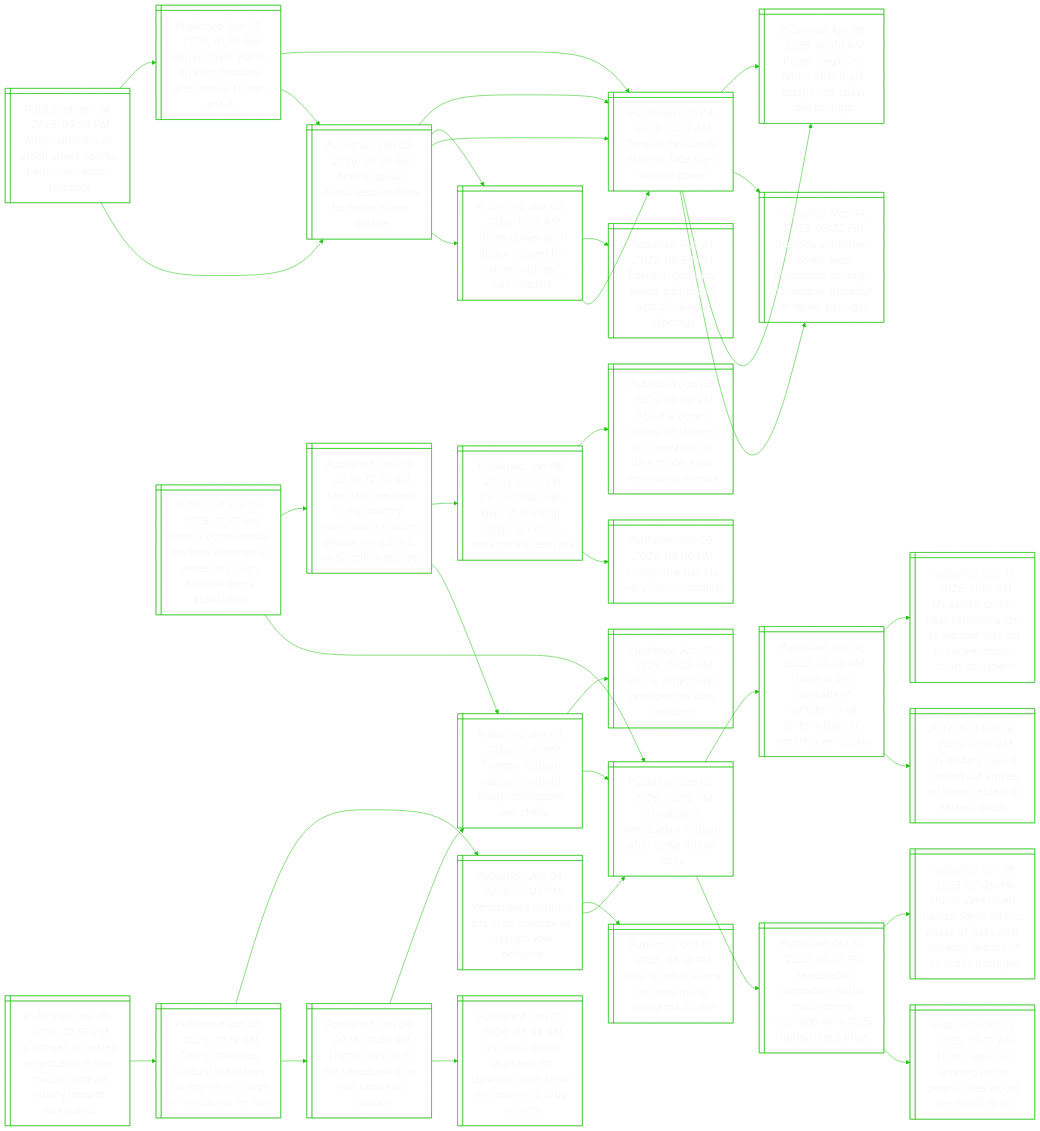
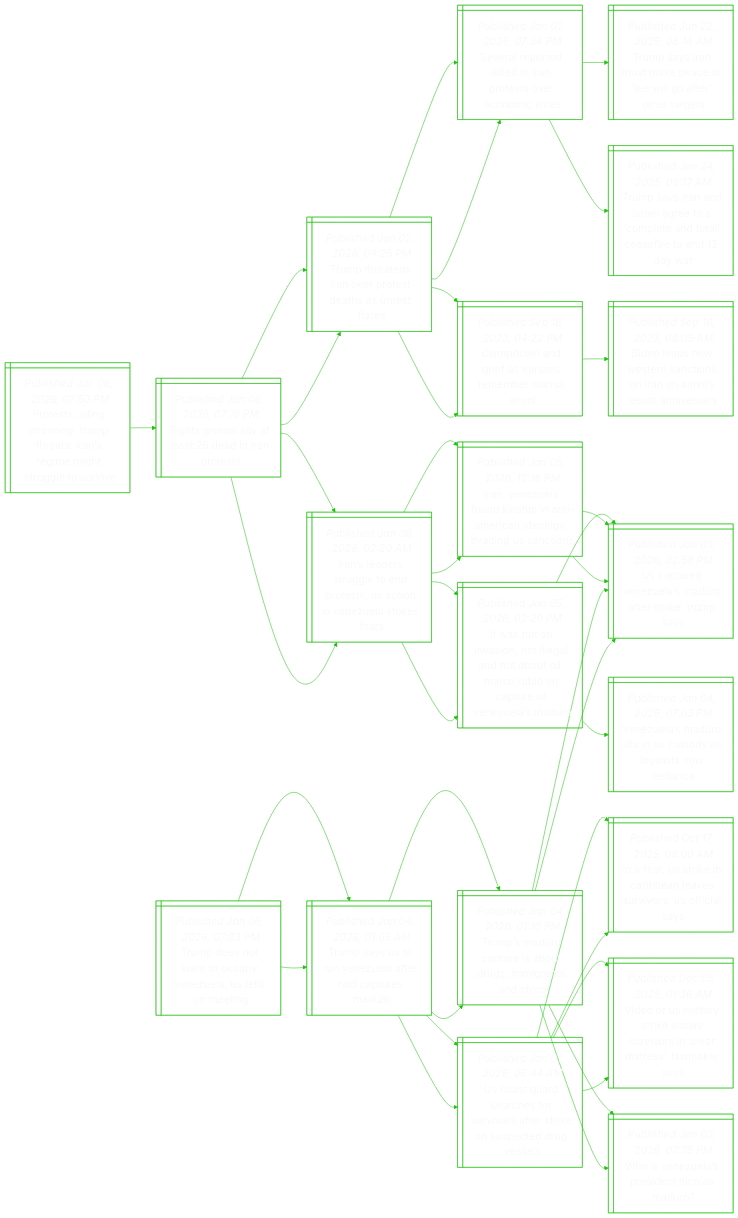
Before and after one commit to notJmes/notJmes: the diagram in README.md, drawn with Mermaid. The commit also changed other lines of this file, not shown here.

````diff
--- a/README.md
+++ b/README.md
@@ -16,121 +16,118 @@
 flowchart LR
 classDef txtsize font-size:20px;
 
-Asrrtssiwrk@{ shape: win-pane, label: "_Published Jan 06, 2026, 03:56 PM_
-Anger simmers as arson attack sparks berlin mid-winter blackout" }
-Aioaesiriea@{ shape: win-pane, label: "_Published Jan 05, 2026, 09:26 AM_
-Activist group claims responsibility for berlin power outage" }
-Bnrakexeiais@{ shape: win-pane, label: "_Published Jan 05, 2026, 12:15 AM_
-Berlin power grid attack caused by ‘extreme leftists’, say officials" }
-Tfsilcsow@{ shape: win-pane, label: "_Published Jan 04, 2026, 12:14 AM_
-Tens of thousands in berlin face days without power" }
-Perpsccrao@{ shape: win-pane, label: "_Published Aug 01, 2025, 05:54 PM_
-Police in germany probe suspected acts of railway sabotage" }
-Tfsilcsow@{ shape: win-pane, label: "_Published Jan 04, 2026, 12:14 AM_
-Tens of thousands in berlin face days without power" }
-Gdsoesodifiatarl@{ shape: win-pane, label: "_Published May 14, 2025, 09:32 PM_
-Granada substation power loss pinpointed as origin of massive blackout in spain, portugal" }
-Pbstfutiadu@{ shape: win-pane, label: "_Published Apr 29, 2025, 05:00 AM_
-Power begins to return after huge outage hits spain and portugal" }
-Bnrsfrreett@{ shape: win-pane, label: "_Published Jan 06, 2026, 01:50 AM_
-Berlin mayor warns on infrastructure after power station attack" }
-Aioaesiriea@{ shape: win-pane, label: "_Published Jan 05, 2026, 09:26 AM_
-Activist group claims responsibility for berlin power outage" }
-Bnrakexeiais@{ shape: win-pane, label: "_Published Jan 05, 2026, 12:15 AM_
-Berlin power grid attack caused by ‘extreme leftists’, say officials" }
-Tfsilcsow@{ shape: win-pane, label: "_Published Jan 04, 2026, 12:14 AM_
-Tens of thousands in berlin face days without power" }
-Tfsilcsow@{ shape: win-pane, label: "_Published Jan 04, 2026, 12:14 AM_
-Tens of thousands in berlin face days without power" }
-Gdsoesodifiatarl@{ shape: win-pane, label: "_Published May 14, 2025, 09:32 PM_
-Granada substation power loss pinpointed as origin of massive blackout in spain, portugal" }
-Pbstfutiadu@{ shape: win-pane, label: "_Published Apr 29, 2025, 05:00 AM_
-Power begins to return after huge outage hits spain and portugal" }
+Pslcypaagitlue@{ shape: win-pane, label: "_Published Jan 06, 2026, 07:50 PM_
+Protests, ailing economy, trump threats: iran’s regime might struggle to survive" }
+Rspasdat@{ shape: win-pane, label: "_Published Jan 06, 2026, 07:16 PM_
+Rights groups say at least 25 dead in iran protests" }
+Tttreteaea@{ shape: win-pane, label: "_Published Jan 02, 2026, 04:25 PM_
+Trump threatens iran over protest deaths as unrest flares" }
+Saokdatocis@{ shape: win-pane, label: "_Published Jan 01, 2026, 07:34 PM_
+Several reported killed in iran protests over economic woes" }
+CdnerneMA@{ shape: win-pane, label: "_Published Sep 16, 2023, 04:22 PM_
+Clampdown and grief as iranians remember mahsa amini" }
+Ilrutpsannlka@{ shape: win-pane, label: "_Published Jan 06, 2026, 02:20 AM_
+Iran’s leaders struggle to end protests, us action in venezuela stokes fears" }
+Iniitgdbiciaenld@{ shape: win-pane, label: "_Published Jan 05, 2026, 02:29 PM_
+It was not an invasion, not illegal and not about oil: marco rubio on capture of venezuela’s maduro" }
+IeeuniiidgdSt@{ shape: win-pane, label: "_Published Jan 05, 2026, 12:16 PM_
+Iran, venezuela found kinship in anti-american ideology, evading us sanctions" }
 
-Asrrtssiwrk:::txtsize --> Aioaesiriea:::txtsize
-Aioaesiriea:::txtsize --> Bnrakexeiais:::txtsize
-Bnrakexeiais:::txtsize --> Tfsilcsow:::txtsize
-Bnrakexeiais:::txtsize --> Perpsccrao:::txtsize
-Aioaesiriea:::txtsize --> Tfsilcsow:::txtsize
-Tfsilcsow:::txtsize --> Gdsoesodifiatarl:::txtsize
-Tfsilcsow:::txtsize --> Pbstfutiadu:::txtsize
-Asrrtssiwrk:::txtsize --> Bnrsfrreett:::txtsize
-Bnrsfrreett:::txtsize --> Aioaesiriea:::txtsize
-Aioaesiriea:::txtsize --> Bnrakexeiais:::txtsize
-Aioaesiriea:::txtsize --> Tfsilcsow:::txtsize
-Bnrsfrreett:::txtsize --> Tfsilcsow:::txtsize
-Tfsilcsow:::txtsize --> Gdsoesodifiatarl:::txtsize
-Tfsilcsow:::txtsize --> Pbstfutiadu:::txtsize
+Pslcypaagitlue:::txtsize --> Rspasdat:::txtsize
+Rspasdat:::txtsize --> Tttreteaea:::txtsize
+Tttreteaea:::txtsize --> Saokdatocis:::txtsize
+Tttreteaea:::txtsize --> CdnerneMA:::txtsize
+Rspasdat:::txtsize --> Ilrutpsannlka:::txtsize
+Ilrutpsannlka:::txtsize --> Iniitgdbiciaenld:::txtsize
+Ilrutpsannlka:::txtsize --> IeeuniiidgdSt:::txtsize
 
-Agodzneurayifr@{ shape: win-pane, label: "_Published Jan 06, 2026, 12:58 PM_
-Ai images of ousted venezuelan leader maduro spread rapidly despite safeguards" }
-Tshduvsmhoeao@{ shape: win-pane, label: "_Published Jan 05, 2026, 01:14 AM_
-Trump snatches maduro but leaves his regime in charge of venezuela for now" }
+Rspasdat@{ shape: win-pane, label: "_Published Jan 06, 2026, 07:16 PM_
+Rights groups say at least 25 dead in iran protests" }
+Tttreteaea@{ shape: win-pane, label: "_Published Jan 02, 2026, 04:25 PM_
+Trump threatens iran over protest deaths as unrest flares" }
+Saokdatocis@{ shape: win-pane, label: "_Published Jan 01, 2026, 07:34 PM_
+Several reported killed in iran protests over economic woes" }
+Tsrseeworre@{ shape: win-pane, label: "_Published Jun 22, 2025, 08:14 AM_
+Trump says iran must make peace or ‘we will go after’ other targets" }
+Tsrdeecedletdr@{ shape: win-pane, label: "_Published Jun 24, 2025, 06:17 AM_
+Trump says iran and israel agree to a ‘complete and total’ ceasefire to end 12-day war" }
+CdnerneMA@{ shape: win-pane, label: "_Published Sep 16, 2023, 04:22 PM_
+Clampdown and grief as iranians remember mahsa amini" }
+Blnssinonans@{ shape: win-pane, label: "_Published Sep 16, 2023, 08:05 AM_
+Biden leads new western sanctions on iran on amini’s death anniversary" }
+Ilrutpsannlka@{ shape: win-pane, label: "_Published Jan 06, 2026, 02:20 AM_
+Iran’s leaders struggle to end protests, us action in venezuela stokes fears" }
+Iniitgdbiciaenld@{ shape: win-pane, label: "_Published Jan 05, 2026, 02:29 PM_
+It was not an invasion, not illegal and not about oil: marco rubio on capture of venezuela’s maduro" }
+UtVuMorkms@{ shape: win-pane, label: "_Published Jan 03, 2026, 02:58 PM_
+Us captured venezuela’s maduro after strike, trump says" }
+VuMoiuyytdn@{ shape: win-pane, label: "_Published Jan 04, 2026, 07:03 PM_
+Venezuela’s maduro sits in us custody as loyalists vow defiance" }
+IeeuniiidgdSt@{ shape: win-pane, label: "_Published Jan 05, 2026, 12:16 PM_
+Iran, venezuela found kinship in anti-american ideology, evading us sanctions" }
+UtVuMorkms@{ shape: win-pane, label: "_Published Jan 03, 2026, 02:58 PM_
+Us captured venezuela’s maduro after strike, trump says" }
+UtVuMorkms@{ shape: win-pane, label: "_Published Jan 03, 2026, 02:58 PM_
+Us captured venezuela’s maduro after strike, trump says" }
+
+Rspasdat:::txtsize --> Tttreteaea:::txtsize
+Tttreteaea:::txtsize --> Saokdatocis:::txtsize
+Saokdatocis:::txtsize --> Tsrseeworre:::txtsize
+Saokdatocis:::txtsize --> Tsrdeecedletdr:::txtsize
+Tttreteaea:::txtsize --> CdnerneMA:::txtsize
+CdnerneMA:::txtsize --> Blnssinonans:::txtsize
+Rspasdat:::txtsize --> Ilrutpsannlka:::txtsize
+Ilrutpsannlka:::txtsize --> Iniitgdbiciaenld:::txtsize
+Iniitgdbiciaenld:::txtsize --> UtVuMorkms:::txtsize
+Iniitgdbiciaenld:::txtsize --> VuMoiuyytdn:::txtsize
+Ilrutpsannlka:::txtsize --> IeeuniiidgdSt:::txtsize
+IeeuniiidgdSt:::txtsize --> UtVuMorkms:::txtsize
+IeeuniiidgdSt:::txtsize --> UtVuMorkms:::txtsize
+
+TdotceetUt@{ shape: win-pane, label: "_Published Jan 06, 2026, 07:03 PM_
+Trump does not want to occupy venezuela, us tells un meeting" }
 TsSnzaraeu@{ shape: win-pane, label: "_Published Jan 04, 2026, 01:05 AM_
 Trump says us to run venezuela after raid captures maduro" }
 Usrrfrreiscrs@{ shape: win-pane, label: "_Published Jan 01, 2026, 06:44 AM_
 Us coast guard searches for survivors after strike on suspected drug vessels" }
-Tsrtstsgsh@{ shape: win-pane, label: "_Published Jan 04, 2026, 01:10 PM_
-Trump’s maduro capture is about drugs, immigrants and china" }
-VuMoiuyytdn@{ shape: win-pane, label: "_Published Jan 04, 2026, 07:03 PM_
-Venezuela’s maduro sits in us custody as loyalists vow defiance" }
-UtVuMorkms@{ shape: win-pane, label: "_Published Jan 03, 2026, 02:58 PM_
-Us captured venezuela’s maduro after strike, trump says" }
-WNPlarrao@{ shape: win-pane, label: "_Published Oct 10, 2025, 06:18 PM_
-Who is nobel peace laureate maria corina machado?" }
-
-Agodzneurayifr:::txtsize --> Tshduvsmhoeao:::txtsize
-Tshduvsmhoeao:::txtsize --> TsSnzaraeu:::txtsize
-TsSnzaraeu:::txtsize --> Usrrfrreiscrs:::txtsize
-TsSnzaraeu:::txtsize --> Tsrtstsgsh:::txtsize
-Tshduvsmhoeao:::txtsize --> VuMoiuyytdn:::txtsize
-VuMoiuyytdn:::txtsize --> UtVuMorkms:::txtsize
-VuMoiuyytdn:::txtsize --> WNPlarrao:::txtsize
-
-Odmwraieannest@{ shape: win-pane, label: "_Published Jan 06, 2026, 12:55 PM_
-Over a dozen media workers detained in venezuela, says national press association" }
-UtVuMorkms@{ shape: win-pane, label: "_Published Jan 03, 2026, 02:58 PM_
-Us captured venezuela’s maduro after strike, trump says" }
-Vuoilranhibai@{ shape: win-pane, label: "_Published Oct 10, 2025, 05:02 PM_
-Venezuelan opposition leader maria corina machado wins 2025 nobel peace prize" }
-TsonoeroelS@{ shape: win-pane, label: "_Published Oct 01, 2025, 05:12 AM_
-Trump says not winning nobel peace prize would be ‘insult’ to us" }
-TssHaossaaorslaoe@{ shape: win-pane, label: "_Published Oct 09, 2025, 05:09 AM_
-Trump says israel, hamas agree on first phase of gaza deal, allowing release of all israeli hostages" }
-Toskftdasitgz@{ shape: win-pane, label: "_Published Dec 17, 2025, 08:34 AM_
-Trump orders blockade of sanctioned oil tankers leaving, entering venezuela" }
-Uistitktvlanf@{ shape: win-pane, label: "_Published Dec 16, 2025, 11:09 AM_
-Us military says it carried out strikes on three vessels in eastern pacific" }
-Uznenltrwtphoon@{ shape: win-pane, label: "_Published Dec 13, 2025, 11:10 AM_
-Us seized tanker near venezuela just as warrant was set to expire, shows court document" }
-Iienytnldlniorcr@{ shape: win-pane, label: "_Published Jan 06, 2026, 12:23 AM_
-‘i am still president of my country’: venezuela’s maduro pleads not guilty to us narcotics charges" }
+Irseravrrfas@{ shape: win-pane, label: "_Published Oct 17, 2025, 08:00 AM_
+In a first, us strike in caribbean leaves survivors, us official says" }
+Voiriorrlisms@{ shape: win-pane, label: "_Published Dec 05, 2025, 01:36 AM_
+Video of us military strike shows survivors in ‘clear distress’, lawmaker says" }
 Tsrtstsgsh@{ shape: win-pane, label: "_Published Jan 04, 2026, 01:10 PM_
 Trump’s maduro capture is about drugs, immigrants and china" }
 UtVuMorkms@{ shape: win-pane, label: "_Published Jan 03, 2026, 02:58 PM_
 Us captured venezuela’s maduro after strike, trump says" }
 WVuPdisr@{ shape: win-pane, label: "_Published Jan 03, 2026, 07:25 PM_
 Who is venezuela’s president nicolas maduro?" }
-Ucnatugasnlss@{ shape: win-pane, label: "_Published Jan 06, 2026, 12:32 AM_
-Us oil companies gain after trump signals access to venezuela’s reserves" }
-Tnsenm@{ shape: win-pane, label: "_Published Jan 05, 2026, 06:00 PM_
-Trump now has his very own oil empire" }
-Aanetrtziksoree@{ shape: win-pane, label: "_Published Jan 05, 2026, 06:00 PM_
-About a dozen loaded oil tankers left venezuela in dark mode, says monitoring service" }
+TsSnzaraeu@{ shape: win-pane, label: "_Published Jan 04, 2026, 01:05 AM_
+Trump says us to run venezuela after raid captures maduro" }
+Usrrfrreiscrs@{ shape: win-pane, label: "_Published Jan 01, 2026, 06:44 AM_
+Us coast guard searches for survivors after strike on suspected drug vessels" }
+Irseravrrfas@{ shape: win-pane, label: "_Published Oct 17, 2025, 08:00 AM_
+In a first, us strike in caribbean leaves survivors, us official says" }
+Voiriorrlisms@{ shape: win-pane, label: "_Published Dec 05, 2025, 01:36 AM_
+Video of us military strike shows survivors in ‘clear distress’, lawmaker says" }
+Tsrtstsgsh@{ shape: win-pane, label: "_Published Jan 04, 2026, 01:10 PM_
+Trump’s maduro capture is about drugs, immigrants and china" }
+UtVuMorkms@{ shape: win-pane, label: "_Published Jan 03, 2026, 02:58 PM_
+Us captured venezuela’s maduro after strike, trump says" }
+WVuPdisr@{ shape: win-pane, label: "_Published Jan 03, 2026, 07:25 PM_
+Who is venezuela’s president nicolas maduro?" }
 
-Odmwraieannest:::txtsize --> UtVuMorkms:::txtsize
-UtVuMorkms:::txtsize --> Vuoilranhibai:::txtsize
-Vuoilranhibai:::txtsize --> TsonoeroelS:::txtsize
-Vuoilranhibai:::txtsize --> TssHaossaaorslaoe:::txtsize
-UtVuMorkms:::txtsize --> Toskftdasitgz:::txtsize
-Toskftdasitgz:::txtsize --> Uistitktvlanf:::txtsize
-Toskftdasitgz:::txtsize --> Uznenltrwtphoon:::txtsize
-Odmwraieannest:::txtsize --> Iienytnldlniorcr:::txtsize
-Iienytnldlniorcr:::txtsize --> Tsrtstsgsh:::txtsize
+TdotceetUt:::txtsize --> TsSnzaraeu:::txtsize
+TsSnzaraeu:::txtsize --> Usrrfrreiscrs:::txtsize
+Usrrfrreiscrs:::txtsize --> Irseravrrfas:::txtsize
+Usrrfrreiscrs:::txtsize --> Voiriorrlisms:::txtsize
+TsSnzaraeu:::txtsize --> Tsrtstsgsh:::txtsize
 Tsrtstsgsh:::txtsize --> UtVuMorkms:::txtsize
 Tsrtstsgsh:::txtsize --> WVuPdisr:::txtsize
-Iienytnldlniorcr:::txtsize --> Ucnatugasnlss:::txtsize
-Ucnatugasnlss:::txtsize --> Tnsenm:::txtsize
-Ucnatugasnlss:::txtsize --> Aanetrtziksoree:::txtsize
+TdotceetUt:::txtsize --> TsSnzaraeu:::txtsize
+TsSnzaraeu:::txtsize --> Usrrfrreiscrs:::txtsize
+Usrrfrreiscrs:::txtsize --> Irseravrrfas:::txtsize
+Usrrfrreiscrs:::txtsize --> Voiriorrlisms:::txtsize
+TsSnzaraeu:::txtsize --> Tsrtstsgsh:::txtsize
+Tsrtstsgsh:::txtsize --> UtVuMorkms:::txtsize
+Tsrtstsgsh:::txtsize --> WVuPdisr:::txtsize
 
 ```
````
